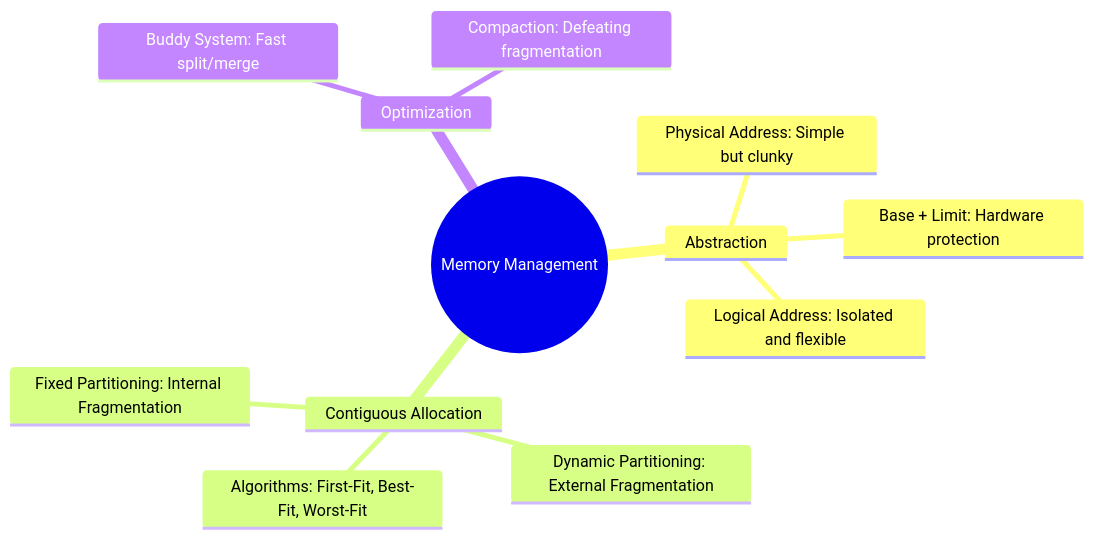
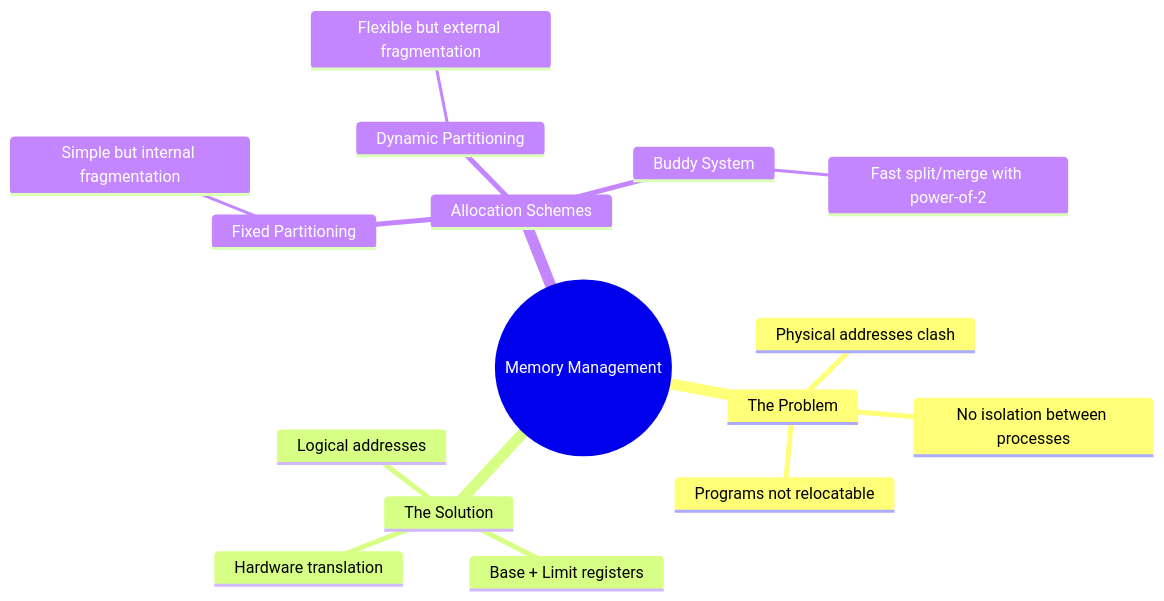
Before and after one commit to Nathan0820/vault: the sixth of 6 diagrams in content/CS2106/L7.md, drawn with Mermaid. The commit also changed other lines of this file and 2 other files, not shown here.

````diff
--- a/content/CS2106/L7.md
+++ b/content/CS2106/L7.md
@@ -253,15 +391,19 @@
 ```mermaid
 mindmap
   root((Memory Management))
-    Abstraction
-      Physical Address: Simple but clunky
-      Logical Address: Isolated and flexible
-      Base + Limit: Hardware protection
-    Contiguous Allocation
-      Fixed Partitioning: Internal Fragmentation
-      Dynamic Partitioning: External Fragmentation
-      Algorithms: First-Fit, Best-Fit, Worst-Fit
-    Optimization
-      Buddy System: Fast split/merge
-      Compaction: Defeating fragmentation
+    The Problem
+      Physical addresses clash
+      No isolation between processes
+      Programs not relocatable
+    The Solution
+      Logical addresses
+      Base + Limit registers
+      Hardware translation
+    Allocation Schemes
+      Fixed Partitioning
+        Simple but internal fragmentation
+      Dynamic Partitioning
+        Flexible but external fragmentation
+      Buddy System
+        Fast split/merge with power-of-2
 ```
````
